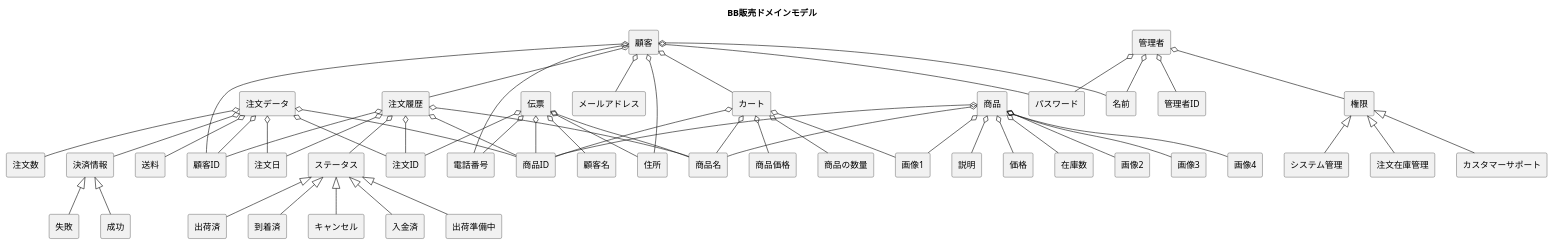
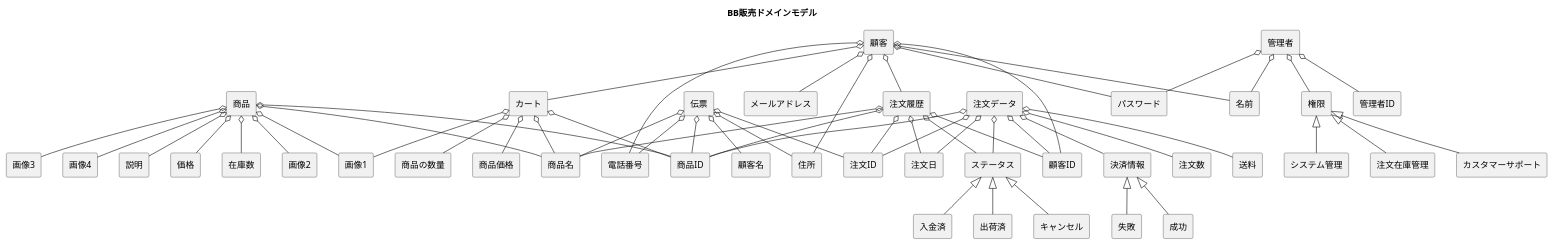
One commit to FujikawaHirono0520/group3_1_dogdog changed the diagram in BB/domain.pu. Above: the diagram before and after it, drawn with PlantUML.

```diff
--- a/BB/domain.pu
+++ b/BB/domain.pu
@@ -1,77 +1,76 @@
 @startuml
 
 title BB販売ドメインモデル
 skinparam componentStyle rectangle
 [顧客] o-- [顧客ID]
 [顧客] o-- [名前]
 [顧客] o-- [住所]
 [顧客] o-- [電話番号]
 [顧客] o-- [メールアドレス]
 [顧客] o-- [パスワード]
 [顧客] o-- [注文履歴]
 [顧客] o-- [カート]
 
 [管理者] o-- [管理者ID]
 [管理者] o-- [名前]
 [管理者] o-- [パスワード]
 [管理者] o-- [権限]
 
 [権限] <|-- [システム管理]
 [権限] <|-- [注文在庫管理]
 [権限] <|-- [カスタマーサポート]
 
 ' 顧客に表示される情報
 [注文履歴] o-- [顧客ID]
 [注文履歴] o-- [注文ID]
 [注文履歴] o-- [注文日]
 [注文履歴] o-- [商品ID]
 [注文履歴] o-- [商品名]
 [注文履歴] o-- [ステータス]
 
 [ステータス] <|-- [入金済]
-[ステータス] <|-- [出荷準備中]
 [ステータス] <|-- [出荷済]
-[ステータス] <|-- [到着済]
 [ステータス] <|-- [キャンセル]
 
 
 [カート] o-- [商品ID]
 [カート] o-- [商品名]
 [カート] o-- [商品価格]
 ' 画像は商品に設定された画像1
 [カート] o-- [画像1]
 [カート] o-- [商品の数量]
 
 ' 注文在庫管理者に表示される情報
 [注文データ] o-- [注文ID]
 [注文データ] o-- [顧客ID]
 [注文データ] o-- [商品ID]
 [注文データ] o-- [注文日]
 [注文データ] o-- [注文数]
 [注文データ] o-- [送料]
 [注文データ] o-- [決済情報]
+[注文データ] o-- [ステータス]
 
 ' 配送用の伝票に印字される情報
 [伝票] o-- [注文ID]
 [伝票] o-- [商品ID]
 [伝票] o-- [商品名]
 [伝票] o-- [顧客名]
 [伝票] o-- [住所]
 [伝票] o-- [電話番号]
 
 [決済情報] <|-- [成功]
 [決済情報] <|-- [失敗]
 
 ' 商品ページ用
 [商品] o-- [商品ID]
 [商品] o-- [商品名]
 [商品] o-- [説明]
 [商品] o-- [価格]
 [商品] o-- [在庫数]
 ' 画像1はNOT NULL
 [商品] o-- [画像1]
 [商品] o-- [画像2]
 [商品] o-- [画像3]
 [商品] o-- [画像4]
 
 @enduml
```
